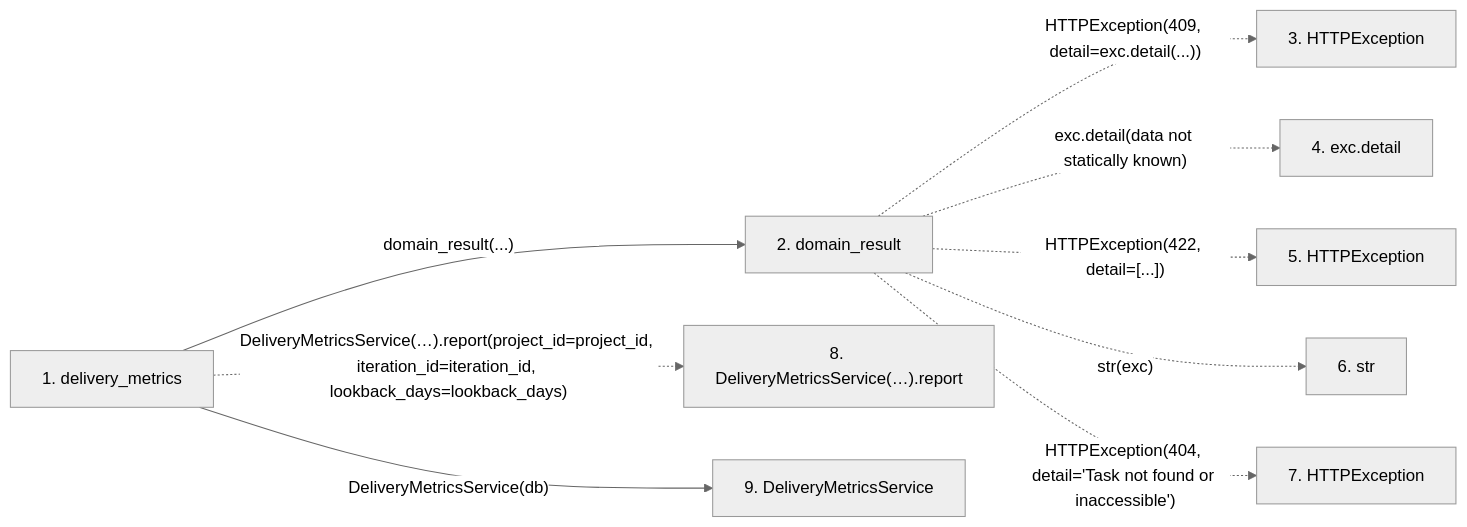
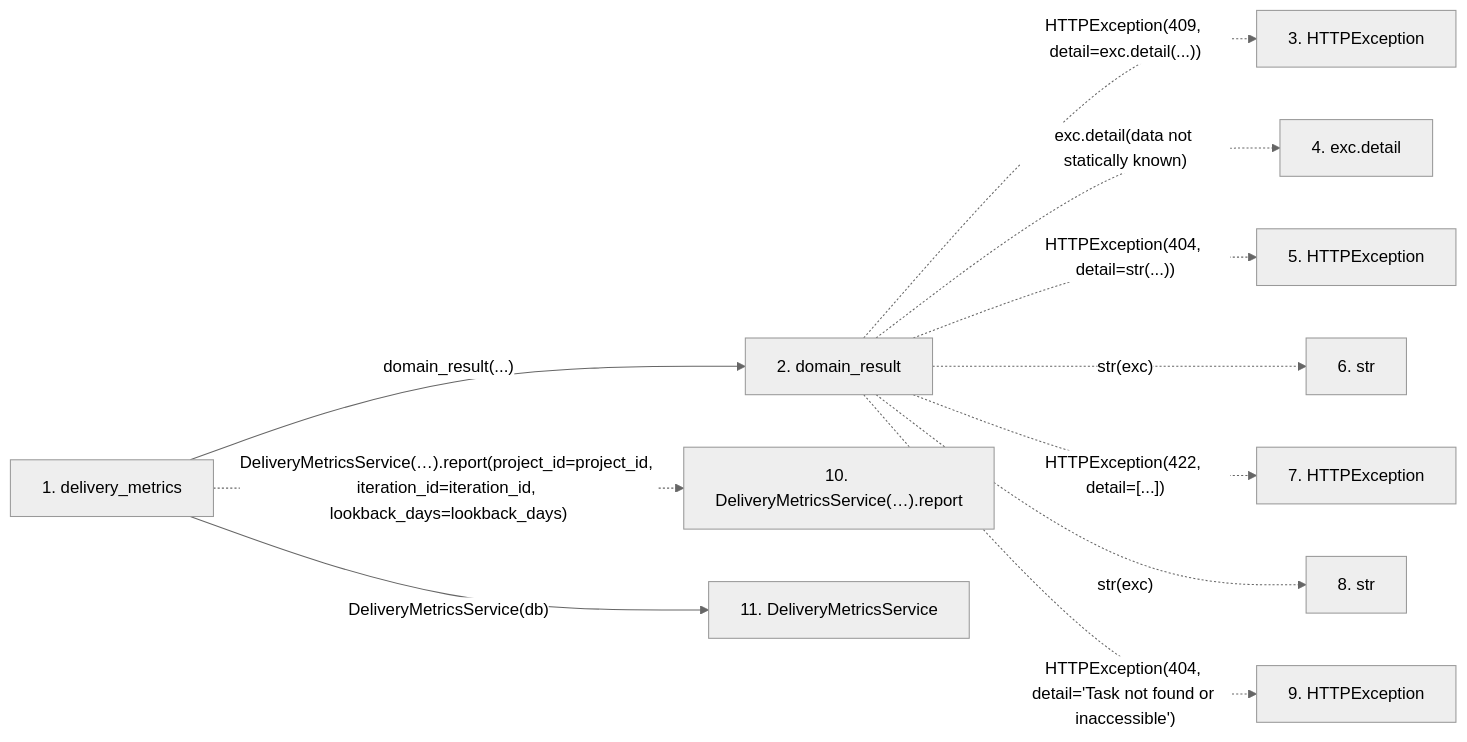
The second of 2 diagrams in docs/llm_wiki/flows/http-delivery_metrics.md (Denissvgn/WorkChord), drawn with Mermaid (neutral theme) before and after one commit. The commit also changed other lines of this file and 623 other files, not shown here.

````diff
--- a/docs/llm_wiki/flows/http-delivery_metrics.md
+++ b/docs/llm_wiki/flows/http-delivery_metrics.md
@@ -32,23 +34,27 @@
 ```mermaid
 flowchart LR
     s1["1. delivery_metrics"]
     s2["2. domain_result"]
     s3["3. HTTPException"]
     s4["4. exc.detail"]
     s5["5. HTTPException"]
     s6["6. str"]
     s7["7. HTTPException"]
-    s8["8. DeliveryMetricsService(…).report"]
-    s9["9. DeliveryMetricsService"]
+    s8["8. str"]
+    s9["9. HTTPException"]
+    s10["10. DeliveryMetricsService(…).report"]
+    s11["11. DeliveryMetricsService"]
     s1 -->|"domain_result(...)"| s2
     s2 -. "HTTPException(409, detail=exc.detail(...))" .-> s3
     s2 -. "exc.detail(data not statically known)" .-> s4
-    s2 -. "HTTPException(422, detail=[...])" .-> s5
+    s2 -. "HTTPException(404, detail=str(...))" .-> s5
     s2 -. "str(exc)" .-> s6
-    s2 -. "HTTPException(404, detail='Task not found or inaccessible')" .-> s7
-    s1 -. "DeliveryMetricsService(…).report(project_id=project_id, iteration_id=iteration_id, lookback_days=lookback_days)" .-> s8
-    s1 -->|"DeliveryMetricsService(db)"| s9
+    s2 -. "HTTPException(422, detail=[...])" .-> s7
+    s2 -. "str(exc)" .-> s8
+    s2 -. "HTTPException(404, detail='Task not found or inaccessible')" .-> s9
+    s1 -. "DeliveryMetricsService(…).report(project_id=project_id, iteration_id=iteration_id, lookback_days=lookback_days)" .-> s10
+    s1 -->|"DeliveryMetricsService(db)"| s11
     click s1 "../modules/routers_task_domain.md"
     click s2 "../modules/routers_task_domain.md"
-    click s9 "../modules/delivery_metrics_service.md"
+    click s11 "../modules/delivery_metrics_service.md"
 ```
````
